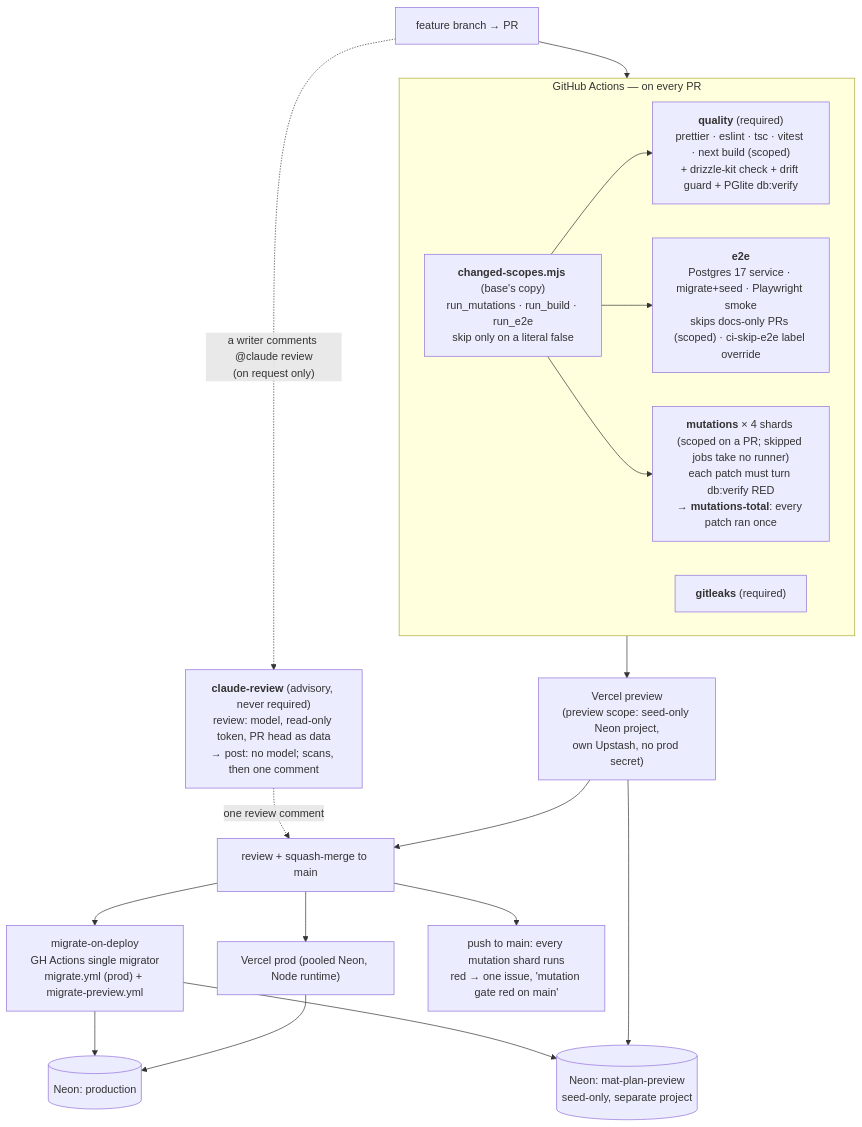
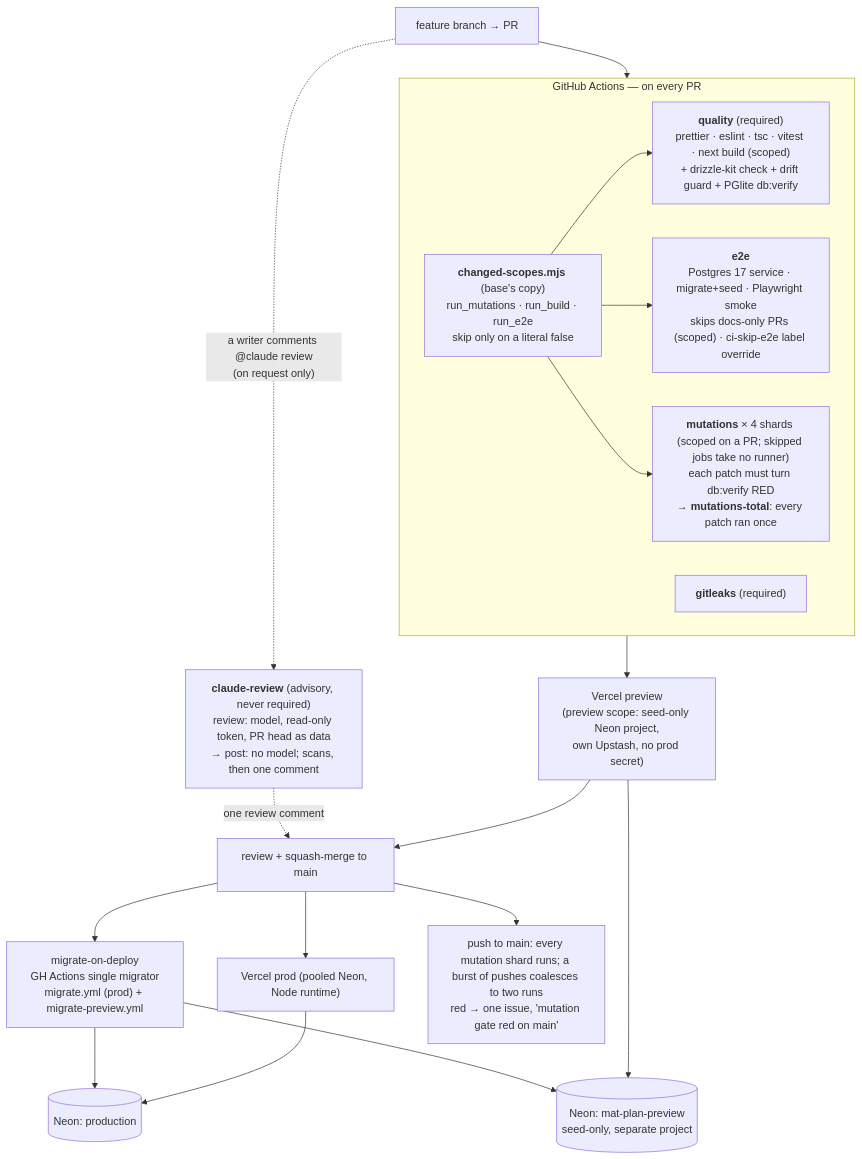
One commit to ralamode/mat-plan changed diagram 17 of 21 in docs/architecture.md. Above: the diagram before and after it, drawn with Mermaid. The commit also changed 4 other files, not shown here.

First line of the commit message:
ci(dx-18): a burst of merges to main costs at most two ci runs

````diff
--- a/docs/architecture.md
+++ b/docs/architecture.md
@@ -844,25 +844,25 @@
 ```mermaid
 flowchart TB
   DEV["feature branch → PR"] --> CI
   subgraph CI["GitHub Actions — on every PR"]
     S["<b>changed-scopes.mjs</b> (base's copy)<br/>run_mutations · run_build · run_e2e<br/>skip only on a literal false"]
     Q["<b>quality</b> (required)<br/>prettier · eslint · tsc · vitest · next build (scoped)<br/>+ drizzle-kit check + drift guard + PGlite db:verify"]
     E["<b>e2e</b><br/>Postgres 17 service · migrate+seed · Playwright smoke<br/>skips docs-only PRs (scoped) · ci-skip-e2e label override"]
     M["<b>mutations</b> × 4 shards (scoped on a PR; skipped jobs take no runner)<br/>each patch must turn db:verify RED<br/>→ <b>mutations-total</b>: every patch ran once"]
     S --> Q
     S --> E
     S --> M
     G["<b>gitleaks</b> (required)"]
   end
   CI --> PREV["Vercel preview<br/>(preview scope: seed-only Neon project,<br/>own Upstash, no prod secret)"]
   DEV -. "a writer comments @claude review<br/>(on request only)" .-> CR["<b>claude-review</b> (advisory, never required)<br/>review: model, read-only token, PR head as data<br/>→ post: no model; scans, then one comment"]
   CR -. "one review comment" .-> REV
   PREV --> REV["review + squash-merge to main"]
   REV --> MIG["migrate-on-deploy<br/>GH Actions single migrator<br/>migrate.yml (prod) + migrate-preview.yml"]
   REV --> PROD["Vercel prod (pooled Neon, Node runtime)"]
-  REV --> MAIN["push to main: every mutation shard runs<br/>red → one issue, 'mutation gate red on main'"]
+  REV --> MAIN["push to main: every mutation shard runs; a burst of pushes coalesces to two runs<br/>red → one issue, 'mutation gate red on main'"]
   MIG --> NEON[("Neon: production")]
   MIG --> NEONP[("Neon: mat-plan-preview<br/>seed-only, separate project")]
   PROD --> NEON
   PREV --> NEONP
 ```
````
